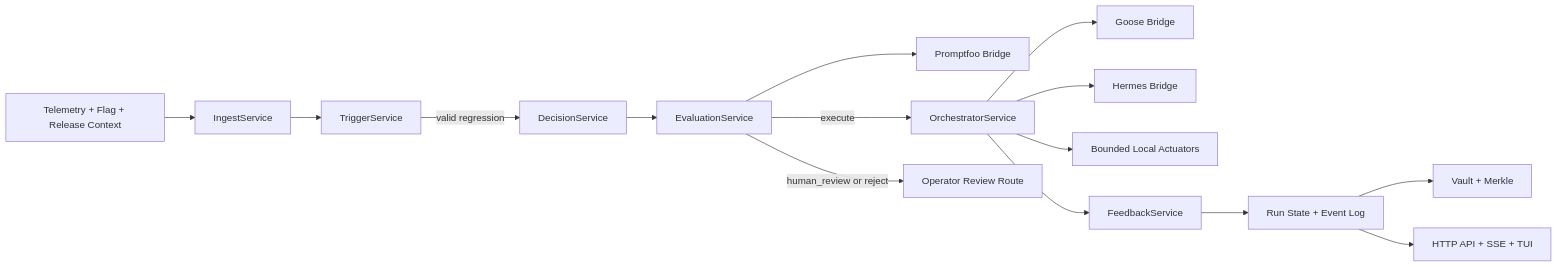
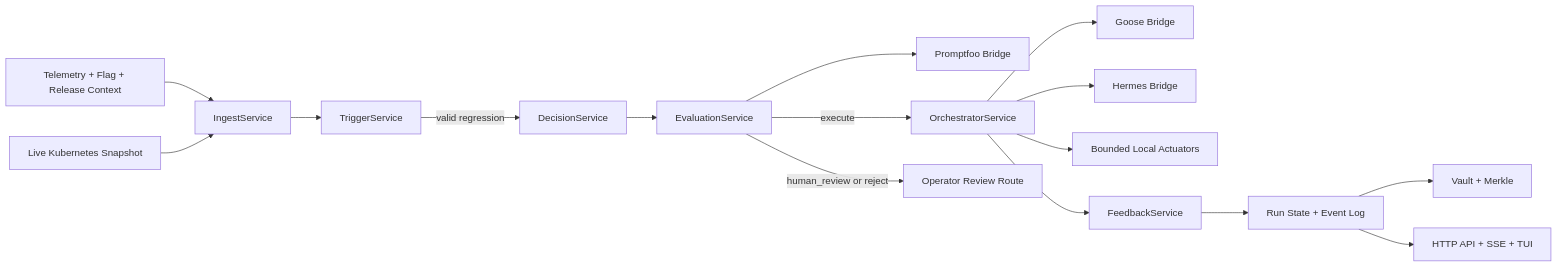
Before and after one commit to LusisLabs/orbital-mesh: the first of 2 diagrams in architecture.md, drawn with Mermaid. The commit also changed other lines of this file and 823 other files, not shown here.

````diff
--- a/architecture.md
+++ b/architecture.md
@@ -11,17 +11,18 @@
 ```mermaid
 flowchart LR
     raw[Telemetry + Flag + Release Context] --> ingest[IngestService]
+    k8s[Live Kubernetes Snapshot] --> ingest
     ingest --> trigger[TriggerService]
     trigger -->|valid regression| decision[DecisionService]
     decision --> evaluation[EvaluationService]
     evaluation --> promptfoo[Promptfoo Bridge]
     evaluation -->|execute| orchestrator[OrchestratorService]
     evaluation -->|human_review or reject| operator[Operator Review Route]
     orchestrator --> goose[Goose Bridge]
     orchestrator --> hermes[Hermes Bridge]
     orchestrator --> actuators[Bounded Local Actuators]
     orchestrator --> feedback[FeedbackService]
     feedback --> state[Run State + Event Log]
     state --> vault[Vault + Merkle]
     state --> api[HTTP API + SSE + TUI]
 ```
````
